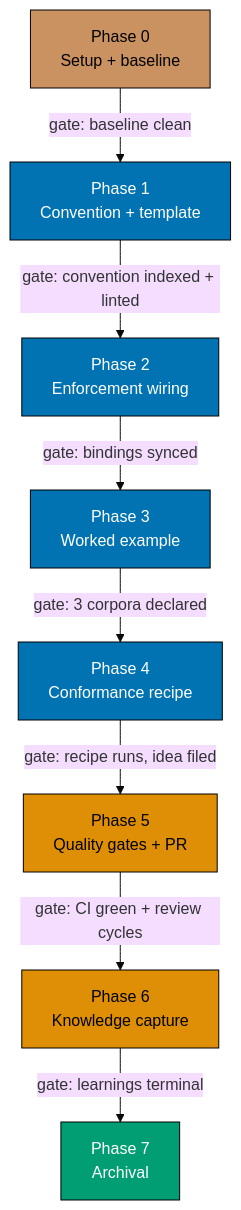
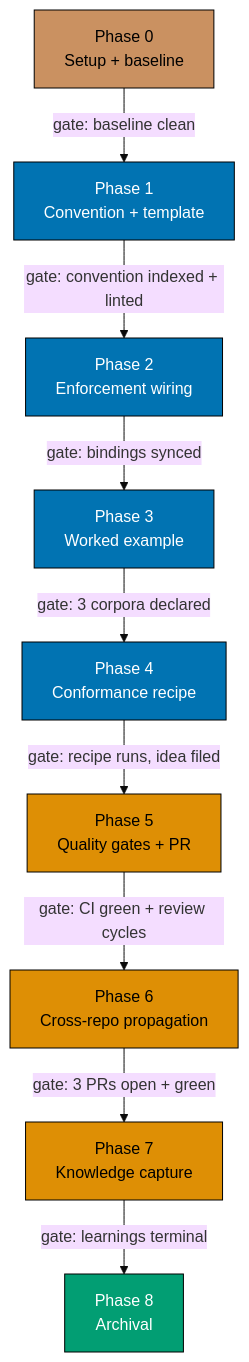
The second of 2 diagrams in plans/backlog/learning-plan-syllabus-folder-convention/README.md (wahidyankf/baseerah), drawn with Mermaid (base theme) before and after one commit. The commit also changed other lines of this file and 3 other files, not shown here.

````diff
--- a/plans/backlog/learning-plan-syllabus-folder-convention/README.md
+++ b/plans/backlog/learning-plan-syllabus-folder-convention/README.md
@@ -146,25 +149,27 @@
 ```mermaid
 %% Phase progression; every arrow crosses a Phase Gate that must be green first.
 flowchart TD
     P0["Phase 0<br/>Setup + baseline"]:::setup
     P1["Phase 1<br/>Convention + template"]:::build
     P2["Phase 2<br/>Enforcement wiring"]:::build
     P3["Phase 3<br/>Worked example"]:::build
     P4["Phase 4<br/>Conformance recipe"]:::build
     P5["Phase 5<br/>Quality gates + PR"]:::gate
-    P6["Phase 6<br/>Knowledge capture"]:::gate
-    P7["Phase 7<br/>Archival"]:::done
+    P6["Phase 6<br/>Cross-repo propagation"]:::gate
+    P7["Phase 7<br/>Knowledge capture"]:::gate
+    P8["Phase 8<br/>Archival"]:::done
 
     P0 -->|"gate: baseline clean"| P1
     P1 -->|"gate: convention indexed + linted"| P2
     P2 -->|"gate: bindings synced"| P3
     P3 -->|"gate: 3 corpora declared"| P4
     P4 -->|"gate: recipe runs, idea filed"| P5
     P5 -->|"gate: CI green + review cycles"| P6
-    P6 -->|"gate: learnings terminal"| P7
+    P6 -->|"gate: 3 PRs open + green"| P7
+    P7 -->|"gate: learnings terminal"| P8
 
     classDef setup fill:#CA9161,stroke:#000000,color:#000000
     classDef build fill:#0173B2,stroke:#000000,color:#FFFFFF
     classDef gate fill:#DE8F05,stroke:#000000,color:#000000
     classDef done fill:#029E73,stroke:#000000,color:#FFFFFF
 ```
````
